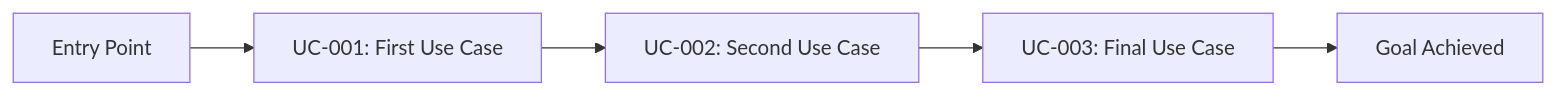
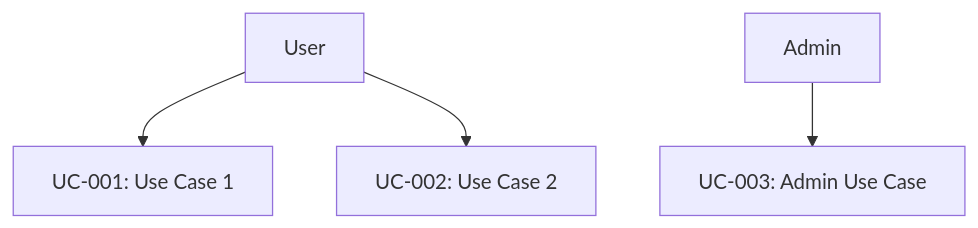
One commit to frostaura/ai.toolkit.gaia changed the diagram in .gaia/designs/1-use-cases.md. Above: the diagram before and after it, drawn with Mermaid. The commit also changed other lines of this file and 4 other files, not shown here.

````diff
--- a/.gaia/designs/1-use-cases.md
+++ b/.gaia/designs/1-use-cases.md
@@ -221,7 +39,6 @@
 ```mermaid
-graph LR
-    A[Entry Point] --> B[UC-001: First Use Case]
-    B --> C[UC-002: Second Use Case]
-    C --> D[UC-003: Final Use Case]
-    D --> E[Goal Achieved]
+graph TB
+    User[User] --> UC1[UC-001: Use Case 1]
+    User --> UC2[UC-002: Use Case 2]
+    Admin[Admin] --> UC3[UC-003: Admin Use Case]
 ```
````
